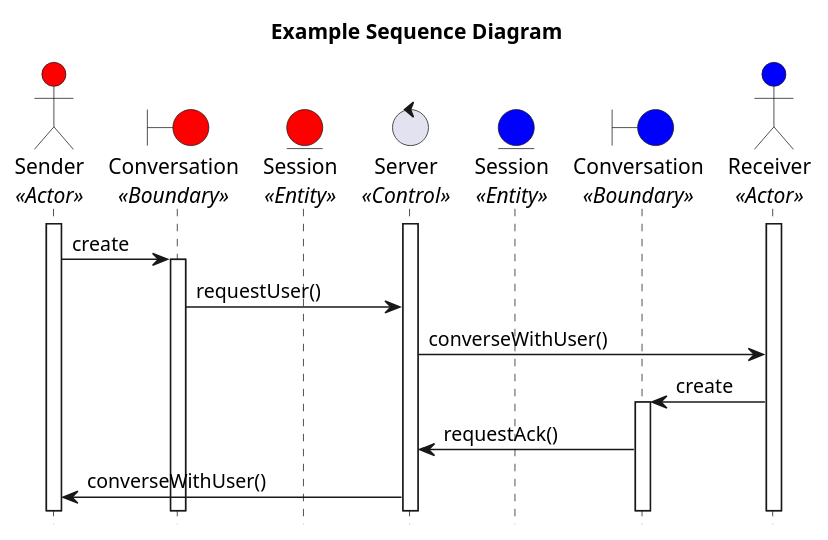
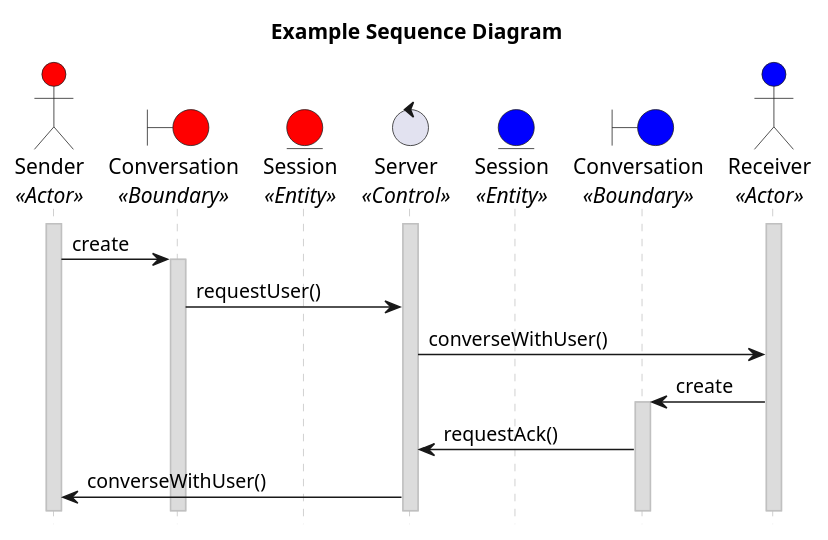
The diagram in examples/example_01.puml (CECS-491-SP24-Group-1/seq-diagrams), drawn with PlantUML before and after one commit. The commit also changed 16 other files, not shown here.

```diff
--- a/examples/example_01.puml
+++ b/examples/example_01.puml
@@ -1,36 +1,40 @@
 @startuml example
 title "Example Sequence Diagram"
 
 'Styling goes here
 hide footbox
 skinparam stereotypePosition bottom
+skinparam sequence {
+	LifeLineBorderColor #Silver
+	LifeLineBackgroundColor #Gainsboro
+}
 
 'Setup the objects involved here
 actor Sender as s <<Actor>> #red
 boundary Conversation as sc <<Boundary>> #red
 entity Session as ss <<Entity>> #red
 control Server as srv <<Control>>
 entity Session as rs <<Entity>> #blue
 boundary Conversation as rc <<Boundary>> #blue
 actor Receiver as r <<Actor>> #blue
 
 'Setup persistent objects here
 activate s
 activate srv
 activate r
 
 '--- FLOW OF CONTROL STARTS HERE ---
 'Sender creates a conversation and ends the request to the receiver
 s -> sc: create
 activate sc
 sc -> srv: requestUser()
 srv -> r: converseWithUser()
 
 'Receiver accepts the conversation and sends ACK to the sender
 r -> rc: create
 activate rc
 rc -> srv: requestAck()
 srv -> s: converseWithUser()
 '--- FLOW OF CONTROL ENDS HERE   ---
 
 @enduml
```
